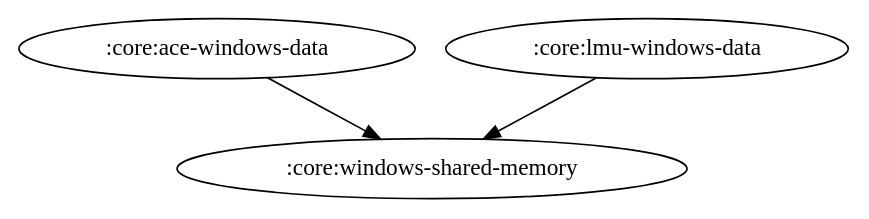
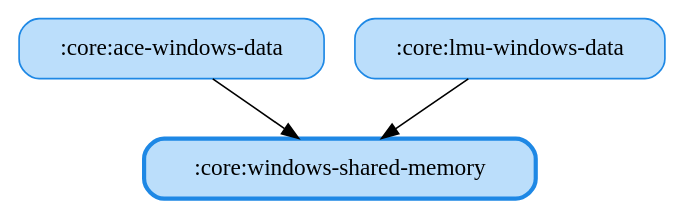
The diagram in docs/graphs/core-windows-shared-memory.gv (ai-kurou/KoDriver), drawn with Graphviz before and after one commit. The commit also changed 97 other files, not shown here.

Commit message:
chore: update module graph images

```diff
--- a/docs/graphs/core-windows-shared-memory.gv
+++ b/docs/graphs/core-windows-shared-memory.gv
@@ -1,5 +1,9 @@
 digraph G {
   rankdir=TB
+  node [shape=box, style="rounded,filled"]
+  ":core:ace-windows-data" [fillcolor="#BBDEFB", color="#1E88E5", penwidth=1]
+  ":core:lmu-windows-data" [fillcolor="#BBDEFB", color="#1E88E5", penwidth=1]
+  ":core:windows-shared-memory" [fillcolor="#BBDEFB", color="#1E88E5", penwidth=2.5]
   ":core:ace-windows-data" -> ":core:windows-shared-memory"
   ":core:lmu-windows-data" -> ":core:windows-shared-memory"
 }
```
